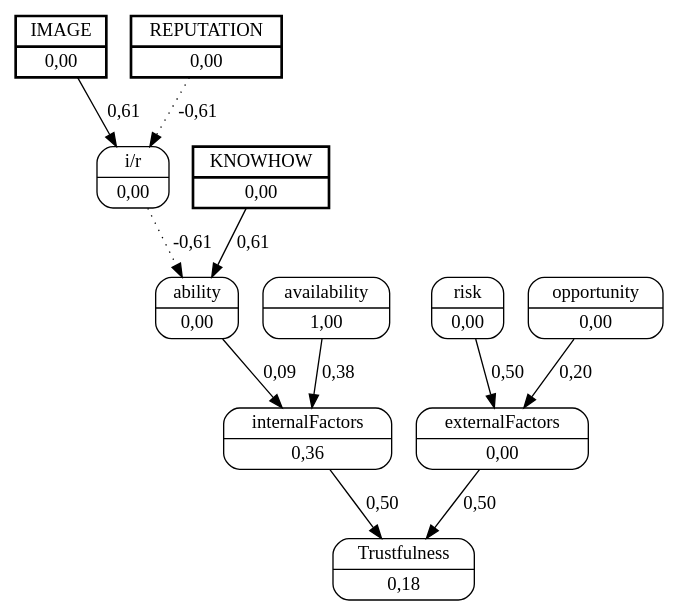
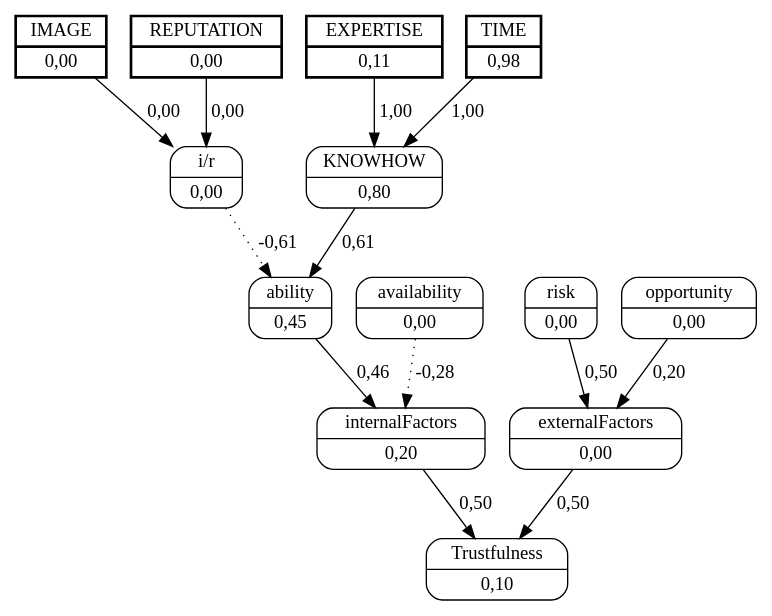
One commit to jjbaqueta/unload_experiment changed the diagram in unload_boxes/dots/worker_1helper_5.dot. Above: the diagram before and after it, drawn with Graphviz. The commit also changed 297 other files, not shown here.

```diff
--- a/unload_boxes/dots/worker_1helper_5.dot
+++ b/unload_boxes/dots/worker_1helper_5.dot
@@ -1,25 +1,29 @@
 digraph FCM_net{
 	node [shape=record, style=rounded]
 	0 [label="{IMAGE | 0,00}", style=bold, penwidth=2, peripheries=2];
 	1 [label="{REPUTATION | 0,00}", style=bold, penwidth=2, peripheries=2];
-	2 [label="{KNOWHOW | 0,00}", style=bold, penwidth=2, peripheries=2];
+	11 [label="{EXPERTISE | 0,11}", style=bold, penwidth=2, peripheries=2];
+	12 [label="{TIME | 0,98}", style=bold, penwidth=2, peripheries=2];
 	0 [label="{IMAGE | 0,00}"];
+	2 [label="{KNOWHOW | 0,80}"];
 	3 [label="{i/r | 0,00}"];
-	4 [label="{ability | 0,00}"];
-	5 [label="{availability | 1,00}"];
-	6 [label="{internalFactors | 0,36}"];
+	4 [label="{ability | 0,45}"];
+	5 [label="{availability | 0,00}"];
+	6 [label="{internalFactors | 0,20}"];
 	7 [label="{risk | 0,00}"];
 	8 [label="{opportunity | 0,00}"];
 	9 [label="{externalFactors | 0,00}"];
-	10 [label="{Trustfulness | 0,18}"];
-	0 -> 3 [label = "0,61"];
-	1 -> 3 [label = "-0,61", style=dotted];
+	10 [label="{Trustfulness | 0,10}"];
+	0 -> 3 [label = "0,00"];
+	1 -> 3 [label = "0,00"];
 	3 -> 4 [label = "-0,61", style=dotted];
 	2 -> 4 [label = "0,61"];
-	4 -> 6 [label = "0,09"];
-	5 -> 6 [label = "0,38"];
+	4 -> 6 [label = "0,46"];
+	5 -> 6 [label = "-0,28", style=dotted];
 	6 -> 10 [label = "0,50"];
 	7 -> 9 [label = "0,50"];
 	8 -> 9 [label = "0,20"];
 	9 -> 10 [label = "0,50"];
+	11 -> 2 [label = "1,00"];
+	12 -> 2 [label = "1,00"];
 }
```
